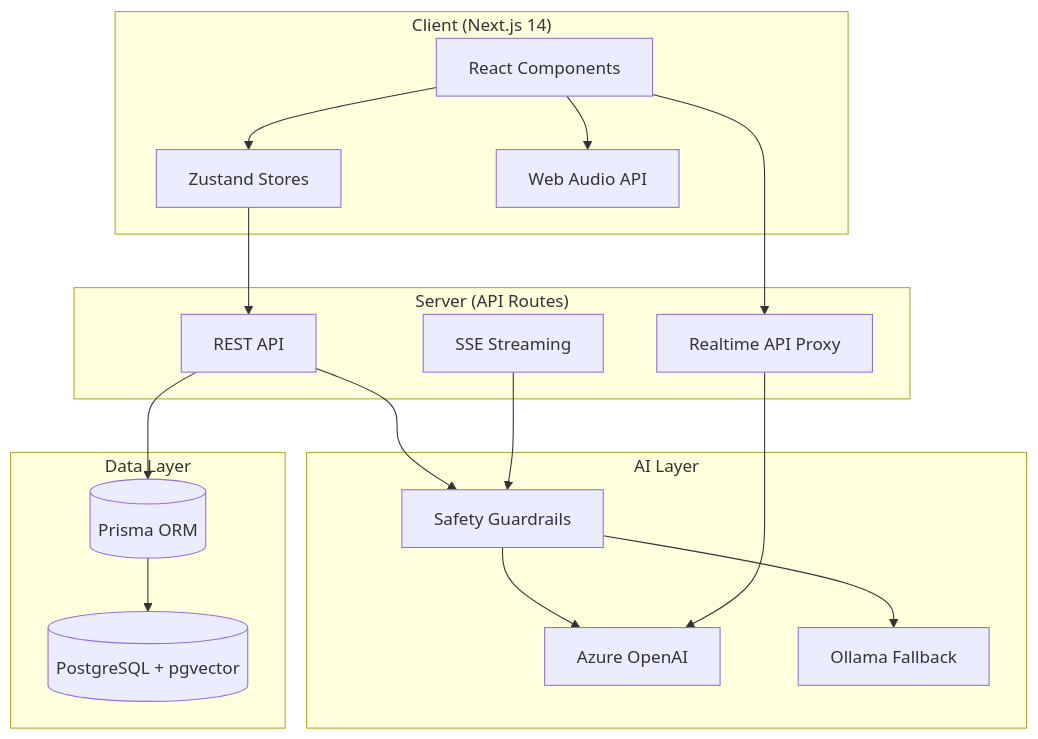
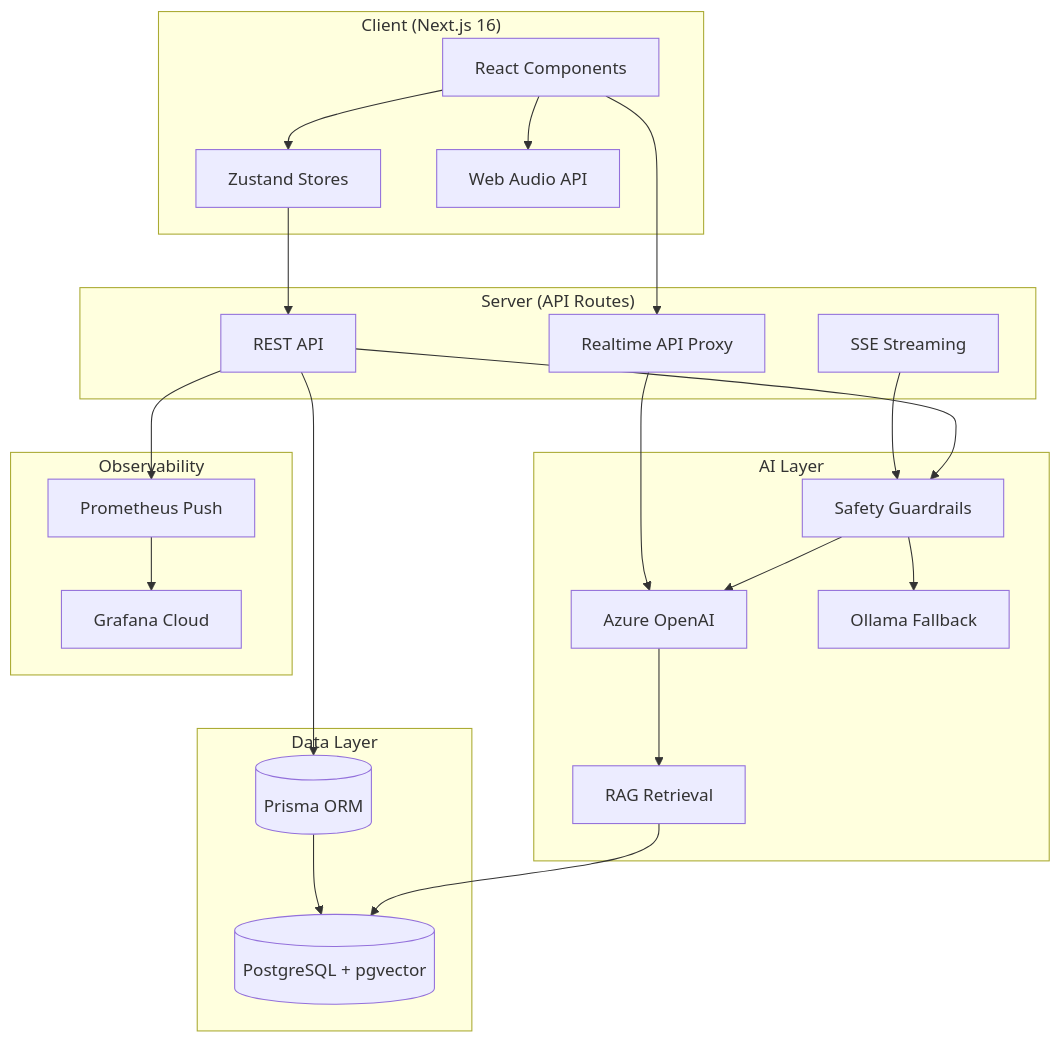
The first of 12 diagrams in docs/technical/ARCHITECTURE.md (FightTheStroke/MirrorBuddy), drawn with Mermaid before and after one commit. The commit also changed other lines of this file and 1 other file, not shown here.

First line of the commit message:
docs(architecture): update diagrams with RAG, observability, and current stack

````diff
--- a/docs/technical/ARCHITECTURE.md
+++ b/docs/technical/ARCHITECTURE.md
@@ -27,40 +27,51 @@
 ```mermaid
 flowchart TB
-    subgraph Client["Client (Next.js 14)"]
+    subgraph Client["Client (Next.js 16)"]
         UI[React Components]
         Stores[Zustand Stores]
         Audio[Web Audio API]
     end
 
     subgraph Server["Server (API Routes)"]
         API[REST API]
         SSE[SSE Streaming]
         Voice[Realtime API Proxy]
     end
 
     subgraph AI["AI Layer"]
         Azure[Azure OpenAI]
         Ollama[Ollama Fallback]
         Safety[Safety Guardrails]
+        RAG[RAG Retrieval]
     end
 
     subgraph Data["Data Layer"]
         Prisma[(Prisma ORM)]
         DB[(PostgreSQL + pgvector)]
+    end
+
+    subgraph Observability["Observability"]
+        Metrics[Prometheus Push]
+        Grafana[Grafana Cloud]
     end
 
     UI --> Stores
     Stores --> API
     UI --> Audio
     UI --> Voice
 
     API --> Safety
     SSE --> Safety
     Safety --> Azure
     Safety --> Ollama
+    Azure --> RAG
+    RAG --> DB
 
     API --> Prisma
     Prisma --> DB
 
     Voice --> Azure
+
+    API --> Metrics
+    Metrics --> Grafana
 ```
````
